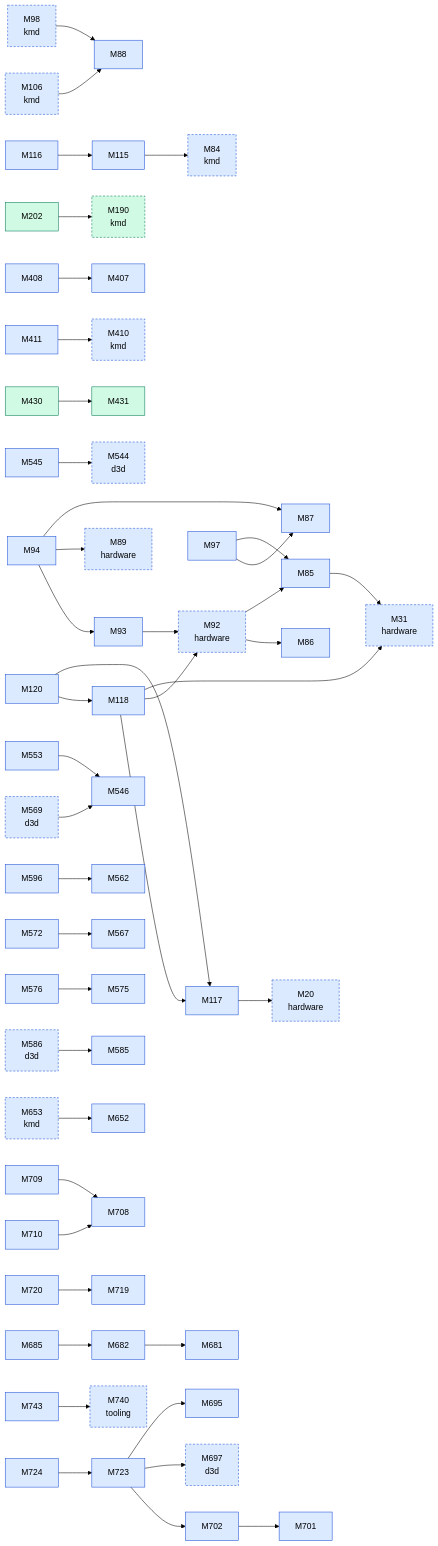
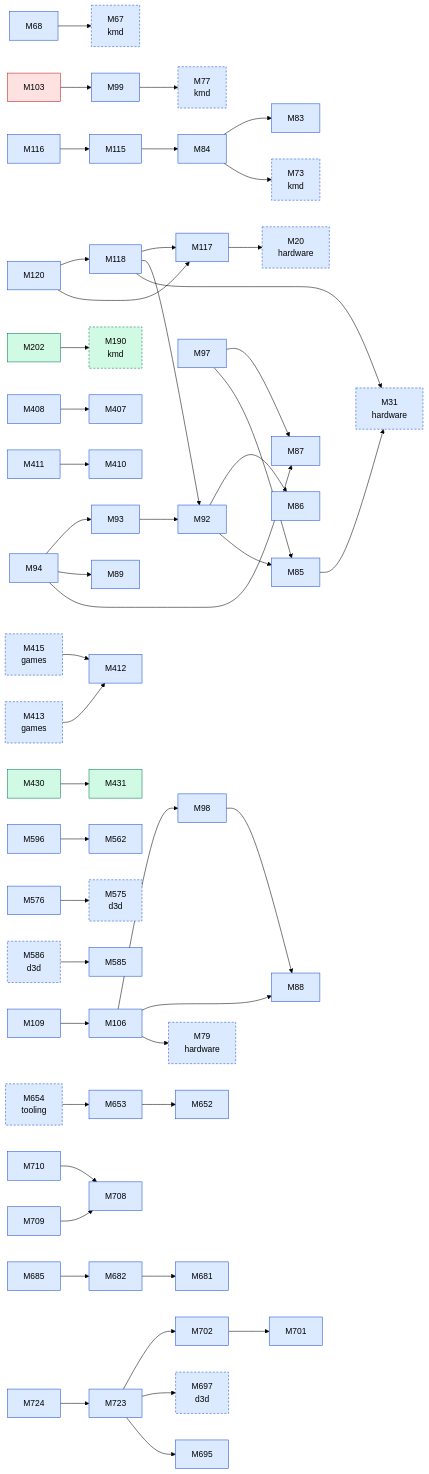
The second of 3 diagrams in docs/facts/graphs/display.md (D-Ogi/amdgpu-wddm), drawn with Mermaid (forest theme) before and after one commit. The commit also changed other lines of this file and 27 other files, not shown here.

````diff
--- a/docs/facts/graphs/display.md
+++ b/docs/facts/graphs/display.md
@@ -32,18 +40,27 @@
 flowchart LR
   M20["M20<br/>hardware"]:::MEASURED
   M31["M31<br/>hardware"]:::MEASURED
-  M84["M84<br/>kmd"]:::MEASURED
+  M67["M67<br/>kmd"]:::MEASURED
+  M68["M68"]:::MEASURED
+  M73["M73<br/>kmd"]:::MEASURED
+  M77["M77<br/>kmd"]:::MEASURED
+  M79["M79<br/>hardware"]:::MEASURED
+  M83["M83"]:::MEASURED
+  M84["M84"]:::MEASURED
   M85["M85"]:::MEASURED
   M86["M86"]:::MEASURED
   M87["M87"]:::MEASURED
   M88["M88"]:::MEASURED
-  M89["M89<br/>hardware"]:::MEASURED
-  M92["M92<br/>hardware"]:::MEASURED
+  M89["M89"]:::MEASURED
+  M92["M92"]:::MEASURED
   M93["M93"]:::MEASURED
   M94["M94"]:::MEASURED
   M97["M97"]:::MEASURED
-  M98["M98<br/>kmd"]:::MEASURED
-  M106["M106<br/>kmd"]:::MEASURED
+  M98["M98"]:::MEASURED
+  M99["M99"]:::MEASURED
+  M103["M103"]:::REFUTED
+  M106["M106"]:::MEASURED
+  M109["M109"]:::MEASURED
   M115["M115"]:::MEASURED
   M116["M116"]:::MEASURED
   M117["M117"]:::MEASURED
@@ -53,25 +70,22 @@
   M202["M202"]:::CONFIRMED
   M407["M407"]:::MEASURED
   M408["M408"]:::MEASURED
-  M410["M410<br/>kmd"]:::MEASURED
+  M410["M410"]:::MEASURED
   M411["M411"]:::MEASURED
+  M412["M412"]:::MEASURED
+  M413["M413<br/>games"]:::MEASURED
+  M415["M415<br/>games"]:::MEASURED
   M430["M430"]:::CONFIRMED
   M431["M431"]:::CONFIRMED
-  M544["M544<br/>d3d"]:::MEASURED
-  M545["M545"]:::MEASURED
-  M546["M546"]:::MEASURED
-  M553["M553"]:::MEASURED
   M562["M562"]:::MEASURED
-  M567["M567"]:::MEASURED
-  M569["M569<br/>d3d"]:::MEASURED
-  M572["M572"]:::MEASURED
-  M575["M575"]:::MEASURED
+  M575["M575<br/>d3d"]:::MEASURED
   M576["M576"]:::MEASURED
   M585["M585"]:::MEASURED
   M586["M586<br/>d3d"]:::MEASURED
   M596["M596"]:::MEASURED
   M652["M652"]:::MEASURED
-  M653["M653<br/>kmd"]:::MEASURED
+  M653["M653"]:::MEASURED
+  M654["M654<br/>tooling"]:::MEASURED
   M681["M681"]:::MEASURED
   M682["M682"]:::MEASURED
   M685["M685"]:::MEASURED
@@ -82,24 +96,27 @@
   M708["M708"]:::MEASURED
   M709["M709"]:::MEASURED
   M710["M710"]:::MEASURED
-  M719["M719"]:::MEASURED
-  M720["M720"]:::MEASURED
   M723["M723"]:::MEASURED
   M724["M724"]:::MEASURED
-  M740["M740<br/>tooling"]:::MEASURED
-  M743["M743"]:::MEASURED
+  M68 --> M67
+  M84 --> M73
+  M84 --> M83
+  M85 --> M31
   M92 --> M85
   M92 --> M86
-  M98 --> M88
-  M106 --> M88
-  M653 --> M652
-  M85 --> M31
   M93 --> M92
   M94 --> M87
   M94 --> M89
   M94 --> M93
   M97 --> M85
   M97 --> M87
+  M98 --> M88
+  M99 --> M77
+  M103 --> M99
+  M106 --> M79
+  M106 --> M88
+  M106 --> M98
+  M109 --> M106
   M115 --> M84
   M116 --> M115
   M117 --> M20
@@ -112,28 +129,26 @@
   M408 --> M407
   M411 --> M410
   M430 --> M431
-  M545 --> M544
-  M553 --> M546
-  M572 --> M567
   M576 --> M575
   M596 --> M562
+  M653 --> M652
   M682 --> M681
   M685 --> M682
   M702 --> M701
   M709 --> M708
   M710 --> M708
-  M720 --> M719
   M723 --> M695
   M723 --> M697
   M723 --> M702
   M724 --> M723
-  M743 --> M740
-  M569 --> M546
   M586 --> M585
+  M413 --> M412
+  M415 --> M412
+  M654 --> M653
   classDef HYPOTHESIS fill:#fff3c4,stroke:#9a7b00,color:#000
   classDef MEASURED fill:#dbeafe,stroke:#1d4ed8,color:#000
   classDef CONFIRMED fill:#d1fae5,stroke:#047857,color:#000
   classDef REFUTED fill:#fee2e2,stroke:#b91c1c,color:#000
   classDef other stroke-dasharray:4 3
-  class M20,M31,M84,M89,M92,M98,M106,M190,M410,M544,M569,M586,M653,M697,M740 other
+  class M20,M31,M67,M73,M77,M79,M190,M413,M415,M575,M586,M654,M697 other
 ```
````
